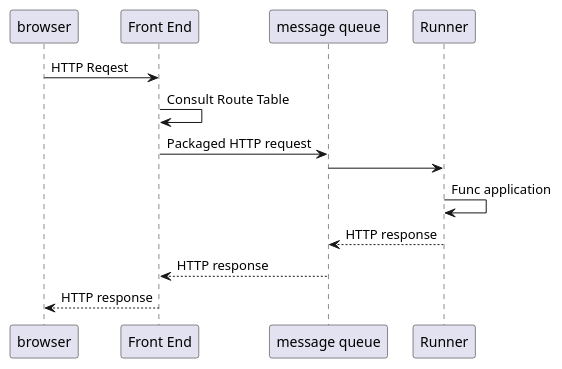
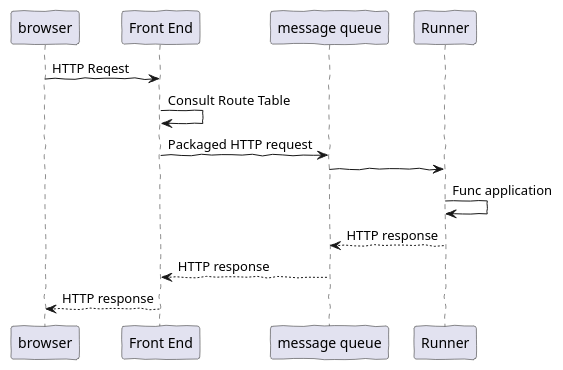
One commit to funcatron/funcatron changed the second of 4 diagrams in info/architecture_strategy.adoc. Above: the diagram before and after it, drawn with PlantUML. The commit also changed other lines of this file, not shown here.

```diff
--- a/info/architecture_strategy.adoc
+++ b/info/architecture_strategy.adoc
@@ -83,13 +152,14 @@
 [plantuml]
 ----
+skinparam handwritten true
 
   browser  -> "Front End": HTTP Reqest
   "Front End" -> "Front End": Consult Route Table
   "Front End" -> "message queue": Packaged HTTP request
   "message queue" -> Runner
   Runner -> Runner: Func application
   "message queue" <-- Runner: HTTP response
   "Front End" <-- "message queue": HTTP response
   browser <-- "Front End": HTTP response
 
 ----
```
